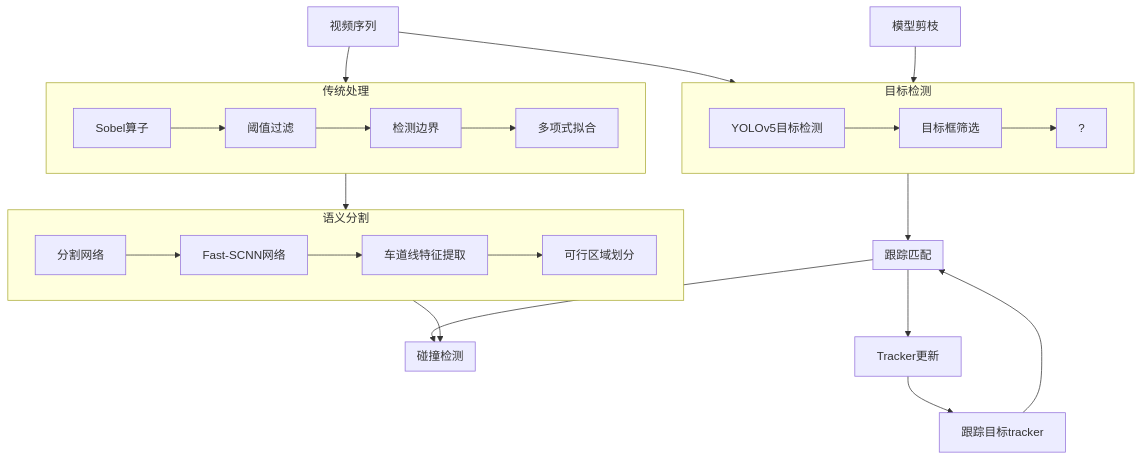
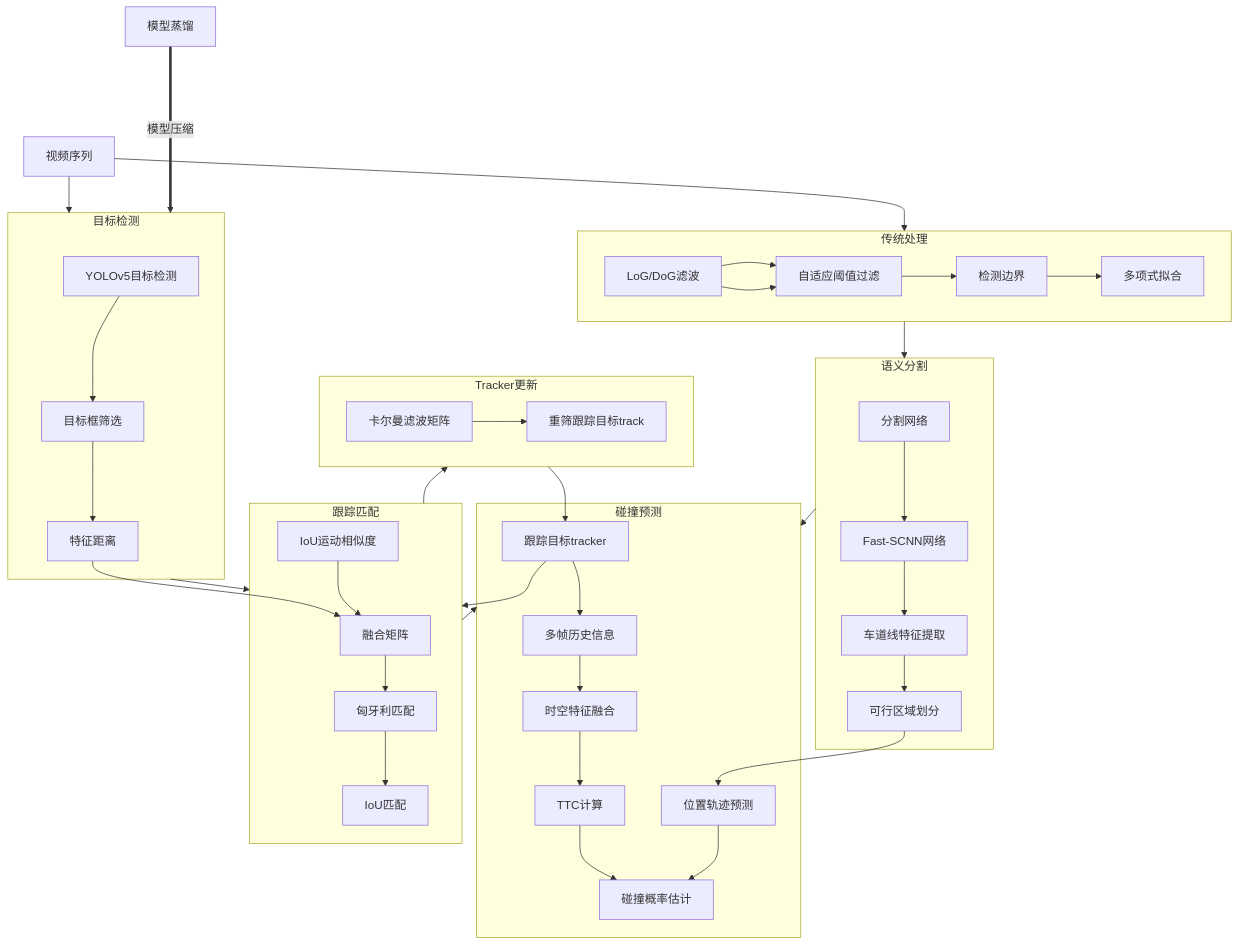
One commit to Chenpeel/LODCP changed the diagram in docs/thesis/result.md. Above: the diagram before and after it, drawn with Mermaid. The commit also changed other lines of this file and 6 other files, not shown here.

````diff
--- a/docs/thesis/result.md
+++ b/docs/thesis/result.md
@@ -158,35 +158,47 @@
 ```mermaid
 graph TD
 A[视频序列] --> B
 B --> C[语义分割]
 C --> D[碰撞预测]
 A --> E[目标检测]
-F[模型剪枝] --> E
+F[模型蒸馏]
 E --> G[跟踪匹配]
 H --> I[跟踪目标tracker]
 G --> H[Tracker更新]
 I --> G
 G --> D
-
+%% 调整F节点位置，使用曲线连接
+F ====> |模型压缩| E
 subgraph B[传统处理]
-  B1[Sobel算子]
-	B1 --> B2[阈值过滤]
-	B2 --> B3[检测边界]
-	B3 --> B4[多项式拟合]
-  end
+  B1[LoG/DoG滤波] --> B2[Gabor滤波]
+  B1 --> B2[自适应阈值过滤]
+  B2 --> B3[检测边界]
+  B3 --> B4[多项式拟合]
+end
 subgraph C[语义分割]
-	C1[分割网络] --> C2[Fast-SCNN网络]
-	C2 --> C3[车道线特征提取]
-	C3 --> C4[可行区域划分]
-	end
- subgraph D[碰撞检测]
- 
-  end
- subgraph E[目标检测]
- 	E1[YOLOv5目标检测] --> E2[目标框筛选]
- 	E2 --> E3[?]
- 	end
- 	subgraph G[跟踪匹配]
- 		
- 	end
+  C1[分割网络] --> C2[Fast-SCNN网络]
+  C2 --> C3[车道线特征提取]
+  C3 --> C4[可行区域划分]
+end
+subgraph D[碰撞预测]
+  D1[多帧历史信息] --> D2[时空特征融合]
+  D2 --> D3[TTC计算]
+  D3 --> D4[碰撞概率估计]
+  D5[位置轨迹预测] --> D4
+  I --> D1
+  C4 --> D5
+end
+subgraph E[目标检测]
+  E1[YOLOv5目标检测] --> E2[目标框筛选]
+  E2 --> E3[特征距离]
+end
+subgraph G[跟踪匹配]
+  E3 --> G2
+  G1[IoU运动相似度] --> G2[融合矩阵]
+  G2 --> G3[匈牙利匹配]
+  G3 --> G4[IoU匹配]
+end
+subgraph H[Tracker更新]
+  H1[卡尔曼滤波矩阵] --> H2[重筛跟踪目标track]
+end
 ```
````
